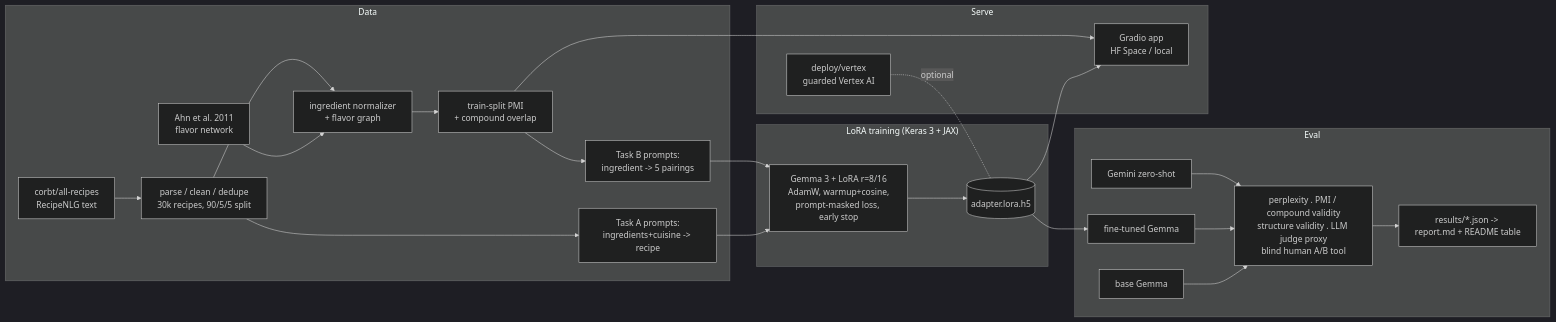
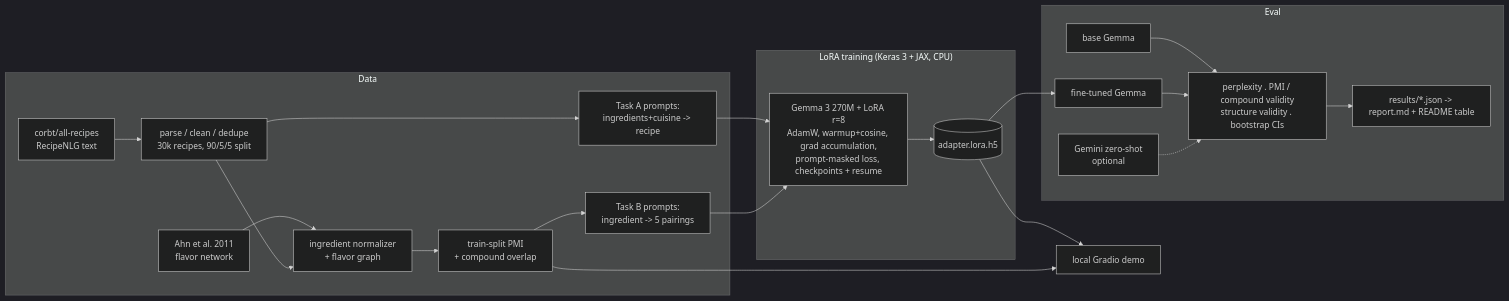
One commit to nikhil3495/Gemma-Fine-Tuning changed the diagram in README.md. Above: the diagram before and after it, drawn with Mermaid (dark theme). The commit also changed other lines of this file and 10 other files, not shown here.

Commit message:
refactor: offline-only project (eval --models with per-model cached perplexity, single-model live demo, README run-locally guide, BLOCKERS -> FUTURE_WORK)

````diff
--- a/README.md
+++ b/README.md
@@ -40,25 +58,23 @@
 ```mermaid
 flowchart LR
   subgraph Data
     A[corbt/all-recipes<br/>RecipeNLG text] --> B[parse / clean / dedupe<br/>30k recipes, 90/5/5 split]
     F[Ahn et al. 2011<br/>flavor network] --> G[ingredient normalizer<br/>+ flavor graph]
     B --> G
     G --> P[train-split PMI<br/>+ compound overlap]
     B --> T1[Task A prompts:<br/>ingredients+cuisine -> recipe]
     P --> T2[Task B prompts:<br/>ingredient -> 5 pairings]
   end
-  subgraph Train["LoRA training (Keras 3 + JAX)"]
-    T1 & T2 --> L[Gemma 3 + LoRA r=8/16<br/>AdamW, warmup+cosine,<br/>prompt-masked loss, early stop]
+  subgraph Train["LoRA training (Keras 3 + JAX, CPU)"]
+    T1 & T2 --> L[Gemma 3 270M + LoRA r=8<br/>AdamW, warmup+cosine, grad accumulation,<br/>prompt-masked loss, checkpoints + resume]
     L --> AD[(adapter.lora.h5)]
   end
   subgraph Eval
     AD --> E1[fine-tuned Gemma]
-    E0[base Gemma] & E1 & E2[Gemini zero-shot] --> M[perplexity . PMI / compound validity<br/>structure validity . LLM judge proxy<br/>blind human A/B tool]
+    E0[base Gemma] & E1 --> M[perplexity . PMI / compound validity<br/>structure validity . bootstrap CIs]
+    E2[Gemini zero-shot<br/>optional] -.-> M
     M --> R[results/*.json -> report.md + README table]
   end
-  subgraph Serve
-    AD --> S[Gradio app<br/>HF Space / local]
-    P --> S
-    D2[deploy/vertex<br/>guarded Vertex AI] -.optional.- AD
-  end
+  AD --> S[local Gradio demo]
+  P --> S
 ```
````
